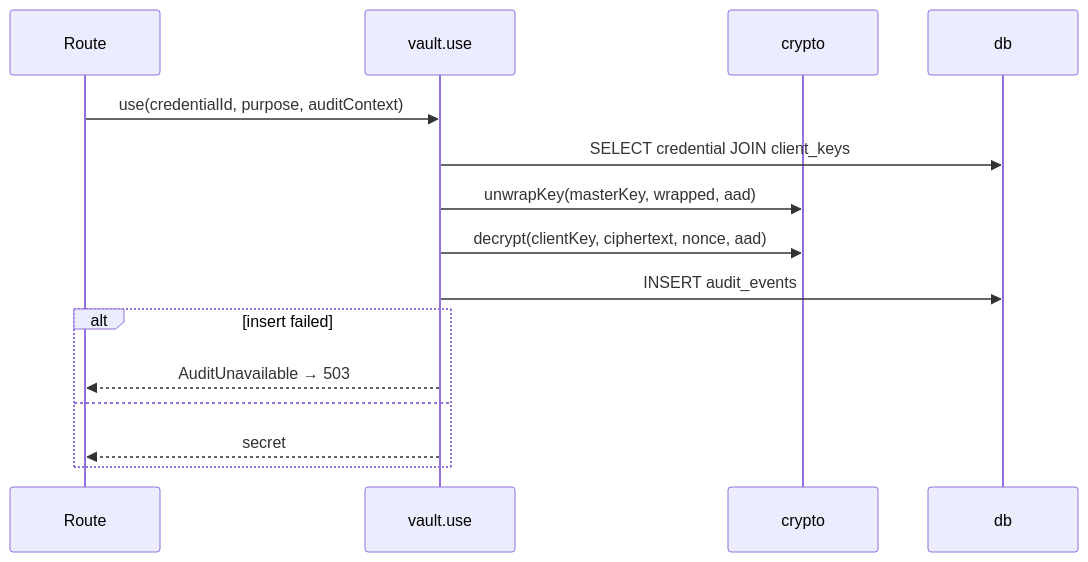
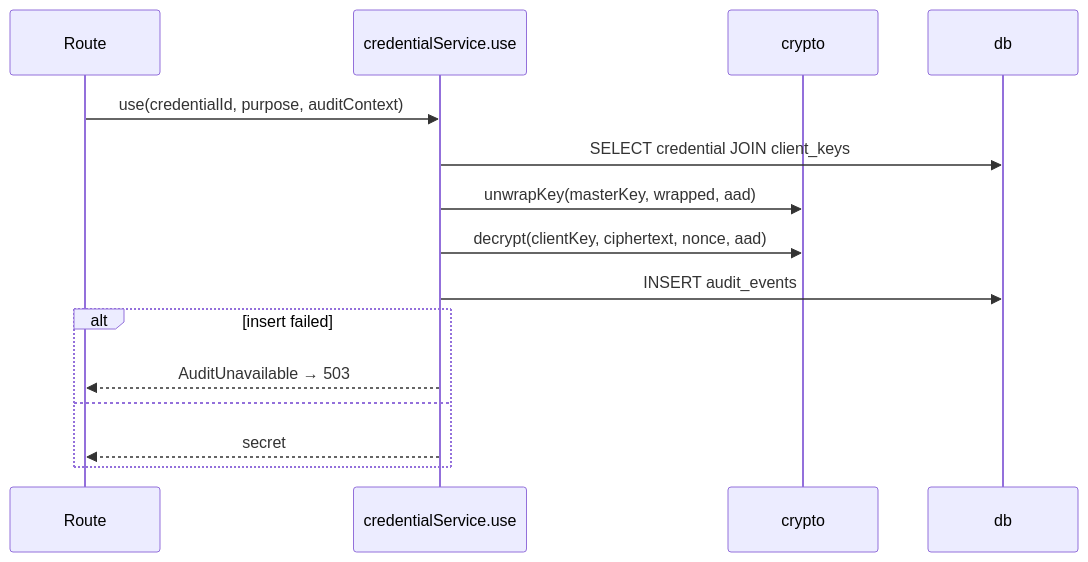
One commit to marianhupalo4/test-task changed the second of 4 diagrams in docs/design.md. Above: the diagram before and after it, drawn with Mermaid. The commit also changed other lines of this file and 16 other files, not shown here.

Commit message:
rename vault to credential service

````diff
--- a/docs/design.md
+++ b/docs/design.md
@@ -71,17 +71,17 @@
 ```mermaid
 sequenceDiagram
     participant R as Route
-    participant V as vault.use
+    participant V as credentialService.use
     participant C as crypto
     participant D as db
     R->>V: use(credentialId, purpose, auditContext)
     V->>D: SELECT credential JOIN client_keys
     V->>C: unwrapKey(masterKey, wrapped, aad)
     V->>C: decrypt(clientKey, ciphertext, nonce, aad)
     V->>D: INSERT audit_events
     alt insert failed
         V-->>R: AuditUnavailable → 503
     else
         V-->>R: secret
     end
 ```
````
